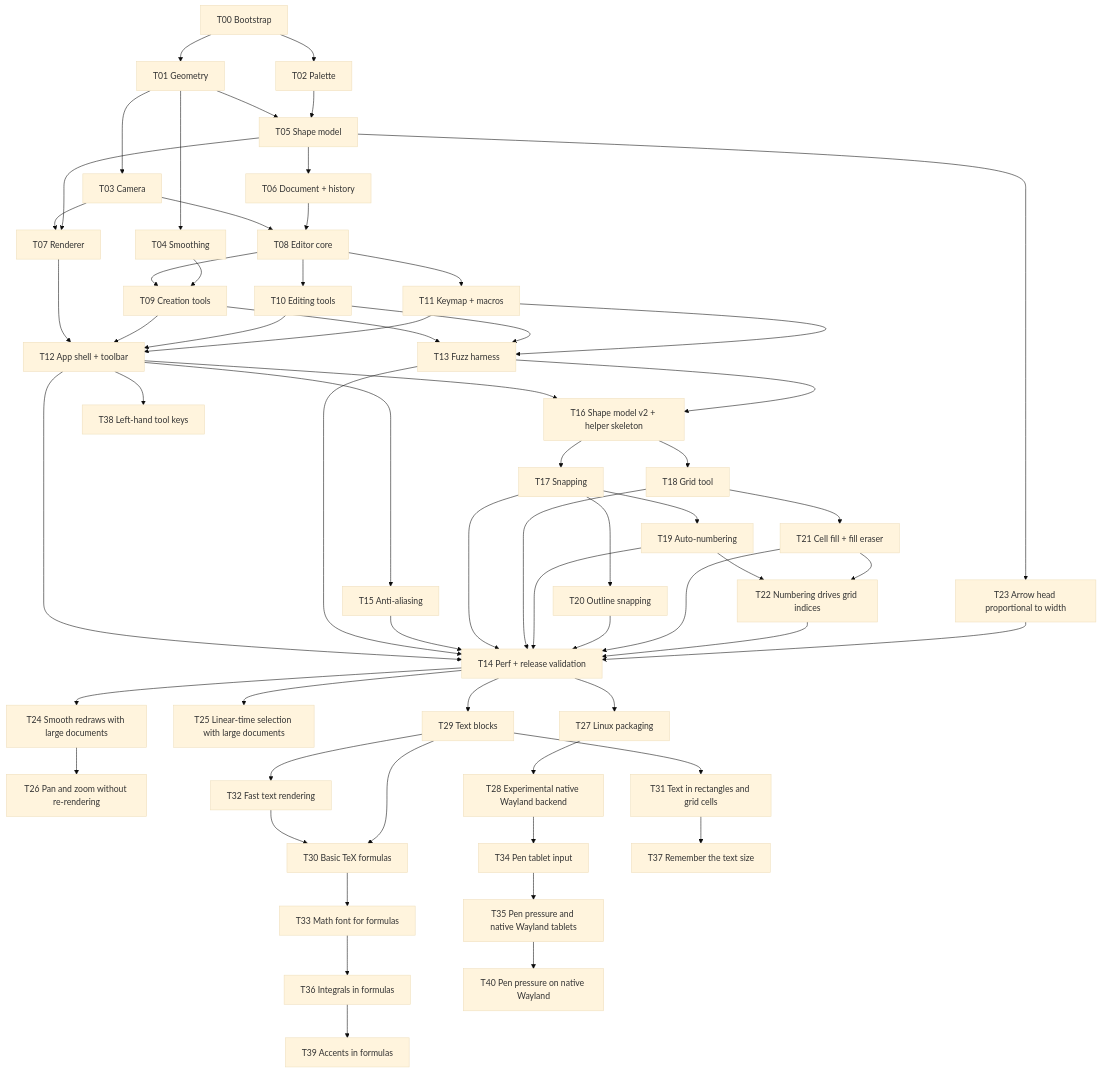
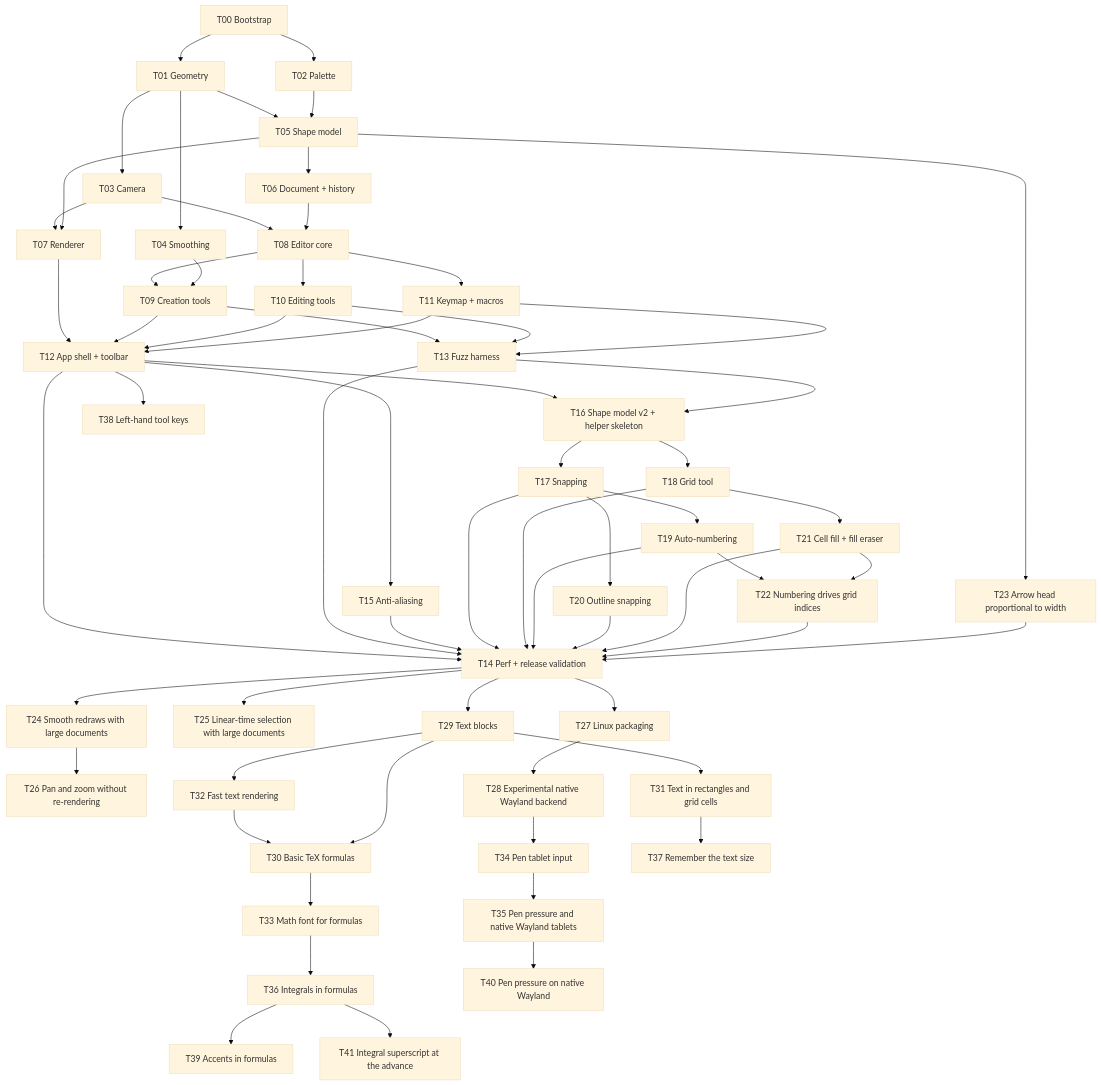
Before and after one commit to UmBender/draw: the diagram in docs/tasks/Task Board.md, drawn with Mermaid (base theme). The commit also changed other lines of this file and 4 other files, not shown here.

````diff
--- a/docs/tasks/Task Board.md
+++ b/docs/tasks/Task Board.md
@@ -12,64 +12,65 @@
 ```mermaid
 flowchart TD
   T00[T00 Bootstrap] --> T01[T01 Geometry]
   T00 --> T02[T02 Palette]
   T01 --> T03[T03 Camera]
   T01 --> T04[T04 Smoothing]
   T01 --> T05[T05 Shape model]
   T02 --> T05
   T05 --> T06[T06 Document + history]
   T03 --> T07[T07 Renderer]
   T05 --> T07
   T03 --> T08[T08 Editor core]
   T06 --> T08
   T08 --> T09[T09 Creation tools]
   T04 --> T09
   T08 --> T10[T10 Editing tools]
   T08 --> T11[T11 Keymap + macros]
   T07 --> T12[T12 App shell + toolbar]
   T09 --> T12
   T10 --> T12
   T11 --> T12
   T09 --> T13[T13 Fuzz harness]
   T10 --> T13
   T11 --> T13
   T12 --> T14[T14 Perf + release validation]
   T13 --> T14
   T12 --> T15[T15 Anti-aliasing]
   T12 --> T16[T16 Shape model v2 + helper skeleton]
   T13 --> T16
   T16 --> T17[T17 Snapping]
   T16 --> T18[T18 Grid tool]
   T17 --> T19[T19 Auto-numbering]
   T17 --> T20[T20 Outline snapping]
   T15 --> T14
   T17 --> T14
   T18 --> T14
   T19 --> T14
   T20 --> T14
   T18 --> T21[T21 Cell fill + fill eraser]
   T21 --> T14
   T19 --> T22[T22 Numbering drives grid indices]
   T21 --> T22
   T22 --> T14
   T05 --> T23[T23 Arrow head proportional to width]
   T23 --> T14
   T14 --> T24[T24 Smooth redraws with large documents]
   T14 --> T25[T25 Linear-time selection with large documents]
   T24 --> T26[T26 Pan and zoom without re-rendering]
   T14 --> T27[T27 Linux packaging]
   T27 --> T28[T28 Experimental native Wayland backend]
   T14 --> T29[T29 Text blocks]
   T29 --> T32[T32 Fast text rendering]
   T32 --> T30[T30 Basic TeX formulas]
   T29 --> T30
   T29 --> T31[T31 Text in rectangles and grid cells]
   T30 --> T33[T33 Math font for formulas]
   T28 --> T34[T34 Pen tablet input]
   T34 --> T35[T35 Pen pressure and native Wayland tablets]
   T33 --> T36[T36 Integrals in formulas]
   T31 --> T37[T37 Remember the text size]
   T12 --> T38[T38 Left-hand tool keys]
   T36 --> T39[T39 Accents in formulas]
   T35 --> T40[T40 Pen pressure on native Wayland]
+  T36 --> T41[T41 Integral superscript at the advance]
 ```
````
